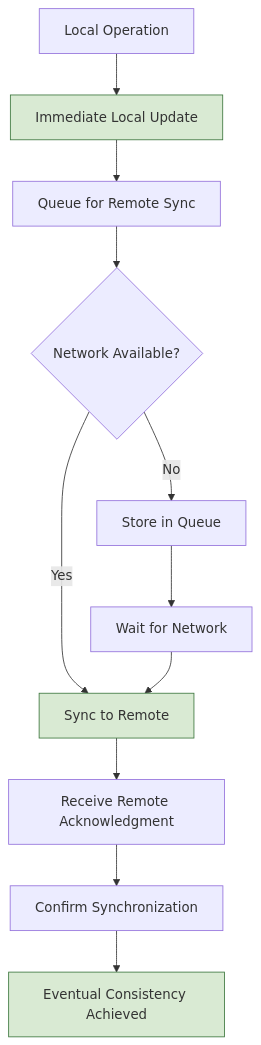
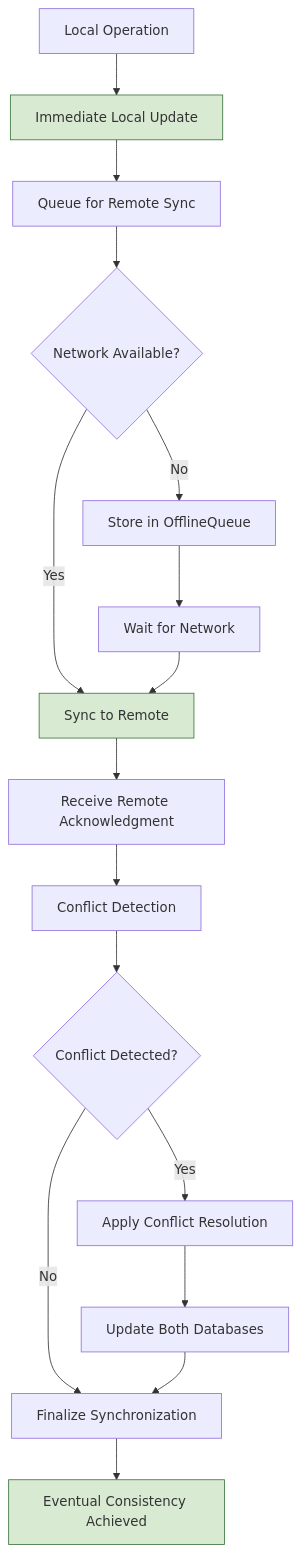
Diagram 13 of 20 in .qoder/repowiki/en/content/Architecture Overview/Data Management Architecture/Data Synchronization Workflow/Data Synchronization Workflow.md (geniusdynamics/schoolpilot), drawn with Mermaid before and after one commit. The commit also changed other lines of this file and 8 other files, not shown here.

````diff
--- a/.qoder/repowiki/en/content/Architecture Overview/Data Management Architecture/Data Synchronization Workflow/Data Synchronization Workflow.md
+++ b/.qoder/repowiki/en/content/Architecture Overview/Data Management Architecture/Data Synchronization Workflow/Data Synchronization Workflow.md
@@ -465,16 +517,21 @@
 ```mermaid
 flowchart TD
 A[Local Operation] --> B[Immediate Local Update]
 B --> C[Queue for Remote Sync]
 C --> D{Network Available?}
 D --> |Yes| E[Sync to Remote]
-D --> |No| F[Store in Queue]
+D --> |No| F[Store in OfflineQueue]
 F --> G[Wait for Network]
 G --> E
 E --> H[Receive Remote Acknowledgment]
-H --> I[Confirm Synchronization]
-I --> J[Eventual Consistency Achieved]
+H --> I[Conflict Detection]
+I --> J{Conflict Detected?}
+J --> |No| K[Finalize Synchronization]
+J --> |Yes| L[Apply Conflict Resolution]
+L --> M[Update Both Databases]
+M --> K
+K --> N[Eventual Consistency Achieved]
 style B fill:#d9ead3,stroke:#3c763d
 style E fill:#d9ead3,stroke:#3c763d
-style J fill:#d9ead3,stroke:#3c763d
+style N fill:#d9ead3,stroke:#3c763d
 ```
````
